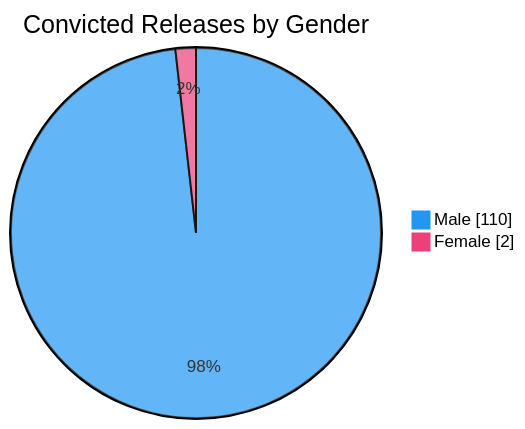
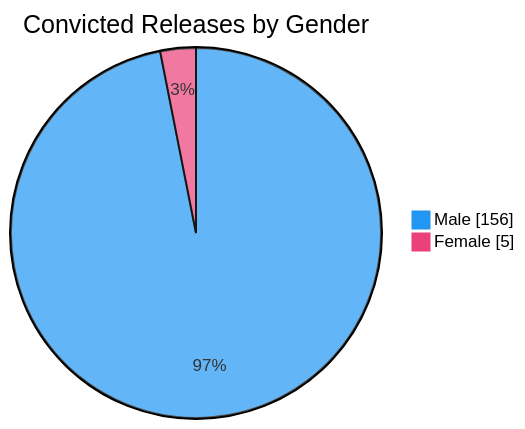
The sixth of 7 diagrams in README.md (nuuuwan/lk_prisons), drawn with Mermaid before and after one commit. The commit also changed other lines of this file and 1 other file, not shown here.

````diff
--- a/README.md
+++ b/README.md
@@ -98,6 +98,6 @@
 ```mermaid
 %%{init: {'themeVariables': {'pie1': '#2196F3', 'pie2': '#EC407A'}}}%%
 pie showData title Convicted Releases by Gender
-    "Male" : 110
-    "Female" : 2
+    "Male" : 156
+    "Female" : 5
 ```
````
